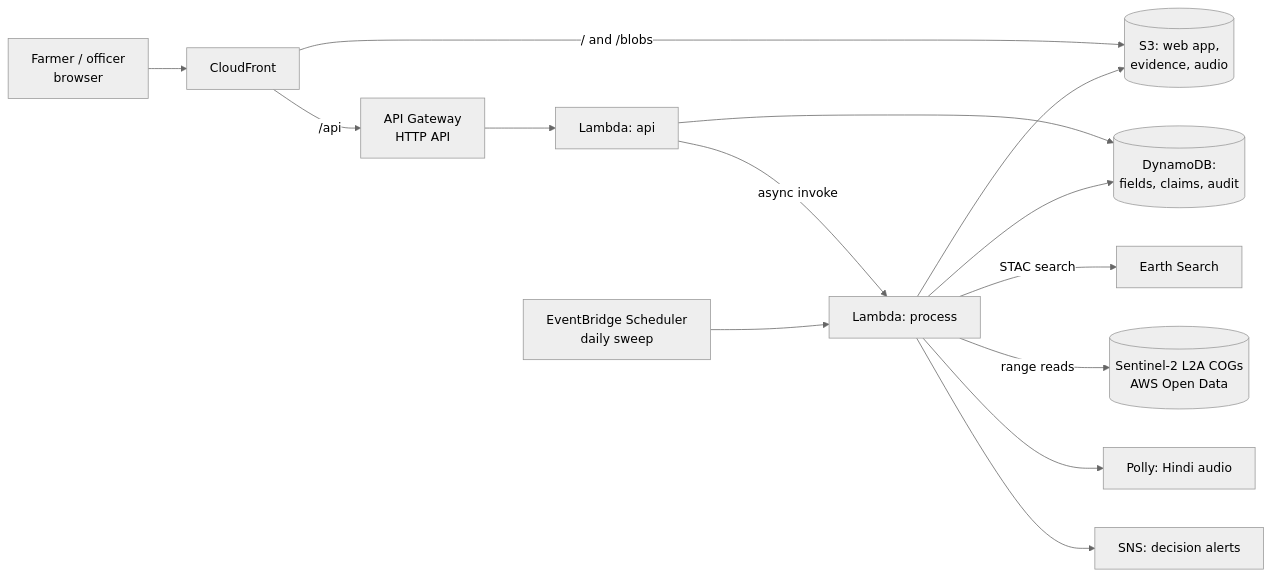
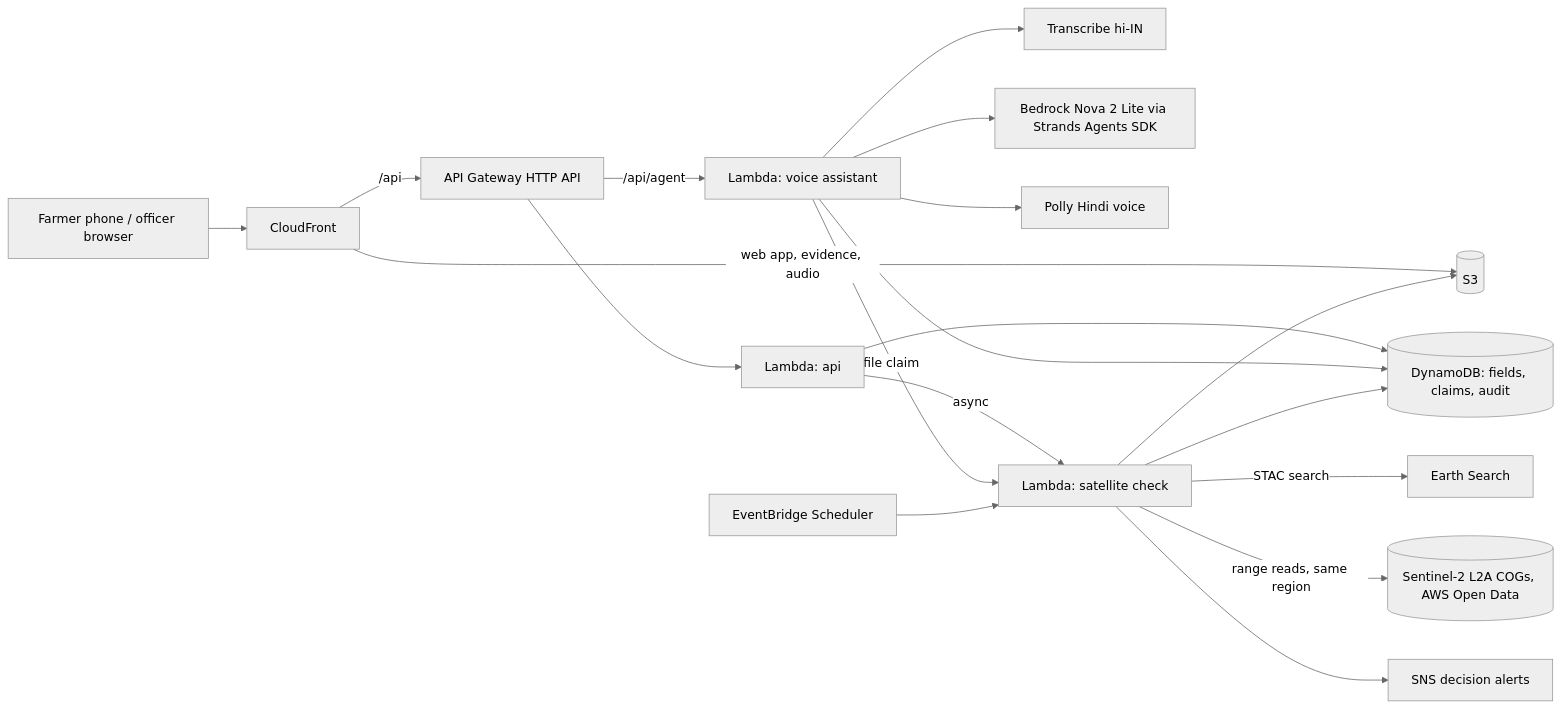
Before and after one commit to vidit-16/parali: the diagram in README.md, drawn with Mermaid (neutral theme). The commit also changed other lines of this file and 3 other files, not shown here.

````diff
--- a/README.md
+++ b/README.md
@@ -30,16 +56,21 @@
 ```mermaid
 flowchart LR
-  F[Farmer / officer<br>browser] --> CF[CloudFront]
-  CF -->|/ and /blobs| S3[(S3: web app,<br>evidence, audio)]
-  CF -->|/api| GW[API Gateway<br>HTTP API]
+  U[Farmer phone / officer browser] --> CF[CloudFront]
+  CF -->|web app, evidence, audio| S3[(S3)]
+  CF -->|/api| GW[API Gateway HTTP API]
   GW --> API[Lambda: api]
-  API --> DB[(DynamoDB:<br>fields, claims, audit)]
-  API -->|async invoke| P[Lambda: process]
-  EB[EventBridge Scheduler<br>daily sweep] --> P
+  GW -->|/api/agent| AG[Lambda: voice assistant]
+  AG --> TR[Transcribe hi-IN]
+  AG --> BR[Bedrock Nova 2 Lite via Strands Agents SDK]
+  AG --> PO[Polly Hindi voice]
+  API --> DB[(DynamoDB: fields, claims, audit)]
+  AG --> DB
+  API -->|async| P[Lambda: satellite check]
+  AG -->|file claim| P
+  EB[EventBridge Scheduler] --> P
   P -->|STAC search| ES[Earth Search]
-  P -->|range reads| OD[(Sentinel-2 L2A COGs<br>AWS Open Data)]
+  P -->|range reads, same region| OD[(Sentinel-2 L2A COGs, AWS Open Data)]
   P --> DB
   P --> S3
-  P --> PO[Polly: Hindi audio]
-  P --> SNS[SNS: decision alerts]
+  P --> SNS[SNS decision alerts]
 ```
````
